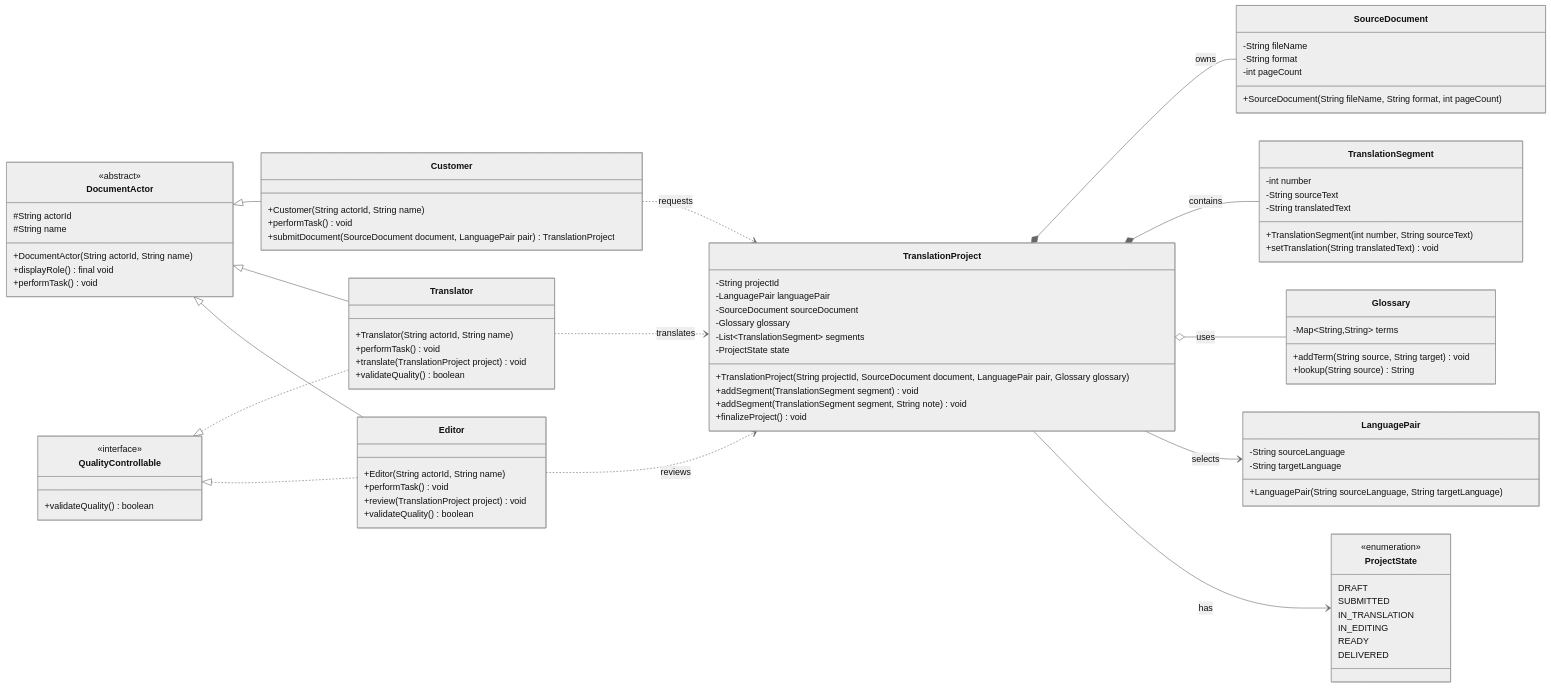
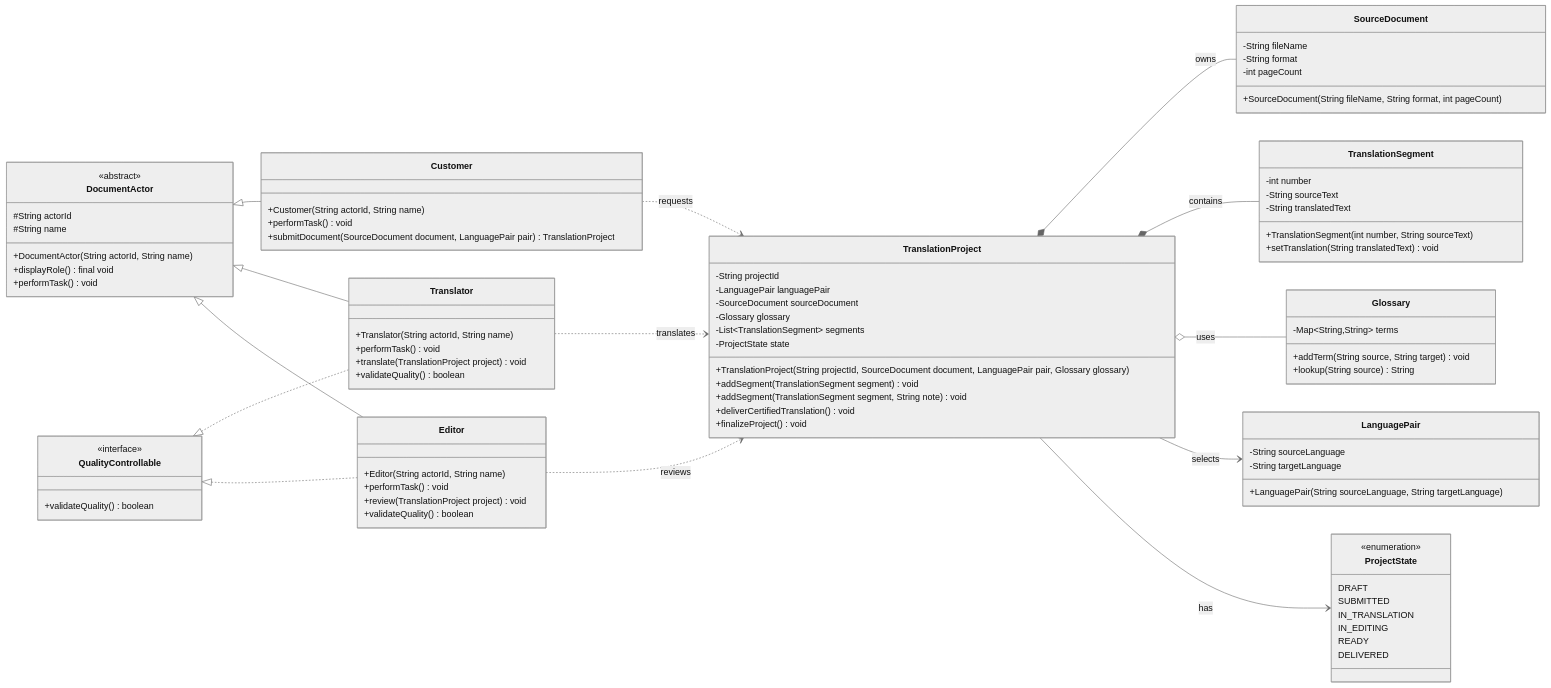
The diagram in docs/class.mmd (tetoraillia/translationservice), drawn with Mermaid (neutral theme) before and after one commit. The commit also changed 5 other files, not shown here.

Commit message:
Align sequence with project state lifecycle

```diff
--- a/docs/class.mmd
+++ b/docs/class.mmd
@@ -1,102 +1,103 @@
 classDiagram
 direction LR
 
 class DocumentActor {
   <<abstract>>
   #String actorId
   #String name
   +DocumentActor(String actorId, String name)
   +displayRole() final void
   +performTask() void
 }
 
 class Customer {
   +Customer(String actorId, String name)
   +performTask() void
   +submitDocument(SourceDocument document, LanguagePair pair) TranslationProject
 }
 
 class Translator {
   +Translator(String actorId, String name)
   +performTask() void
   +translate(TranslationProject project) void
   +validateQuality() boolean
 }
 
 class Editor {
   +Editor(String actorId, String name)
   +performTask() void
   +review(TranslationProject project) void
   +validateQuality() boolean
 }
 
 class QualityControllable {
   <<interface>>
   +validateQuality() boolean
 }
 
 class TranslationProject {
   -String projectId
   -LanguagePair languagePair
   -SourceDocument sourceDocument
   -Glossary glossary
   -List~TranslationSegment~ segments
   -ProjectState state
   +TranslationProject(String projectId, SourceDocument document, LanguagePair pair, Glossary glossary)
   +addSegment(TranslationSegment segment) void
   +addSegment(TranslationSegment segment, String note) void
+  +deliverCertifiedTranslation() void
   +finalizeProject() void
 }
 
 class SourceDocument {
   -String fileName
   -String format
   -int pageCount
   +SourceDocument(String fileName, String format, int pageCount)
 }
 
 class LanguagePair {
   -String sourceLanguage
   -String targetLanguage
   +LanguagePair(String sourceLanguage, String targetLanguage)
 }
 
 class Glossary {
   -Map~String,String~ terms
   +addTerm(String source, String target) void
   +lookup(String source) String
 }
 
 class TranslationSegment {
   -int number
   -String sourceText
   -String translatedText
   +TranslationSegment(int number, String sourceText)
   +setTranslation(String translatedText) void
 }
 
 class ProjectState {
   <<enumeration>>
   DRAFT
   SUBMITTED
   IN_TRANSLATION
   IN_EDITING
   READY
   DELIVERED
 }
 
 DocumentActor <|-- Customer
 DocumentActor <|-- Translator
 DocumentActor <|-- Editor
 QualityControllable <|.. Translator
 QualityControllable <|.. Editor
 TranslationProject *-- SourceDocument : owns
 TranslationProject *-- TranslationSegment : contains
 TranslationProject o-- Glossary : uses
 TranslationProject --> LanguagePair : selects
 TranslationProject --> ProjectState : has
 Translator ..> TranslationProject : translates
 Editor ..> TranslationProject : reviews
 Customer ..> TranslationProject : requests
 
 %% displayRole() is final in the Java design; performTask() is overridden by each concrete actor.
```
